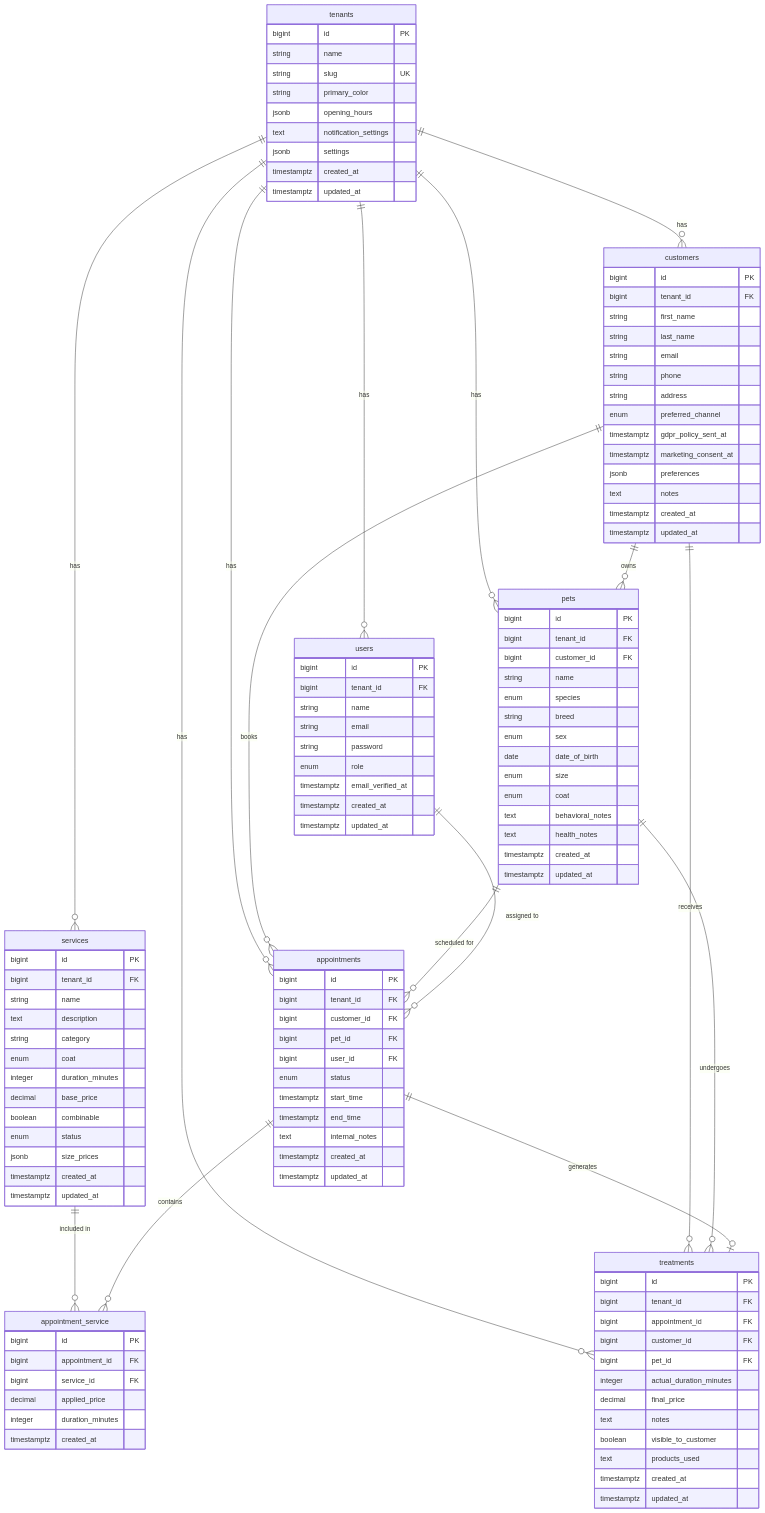
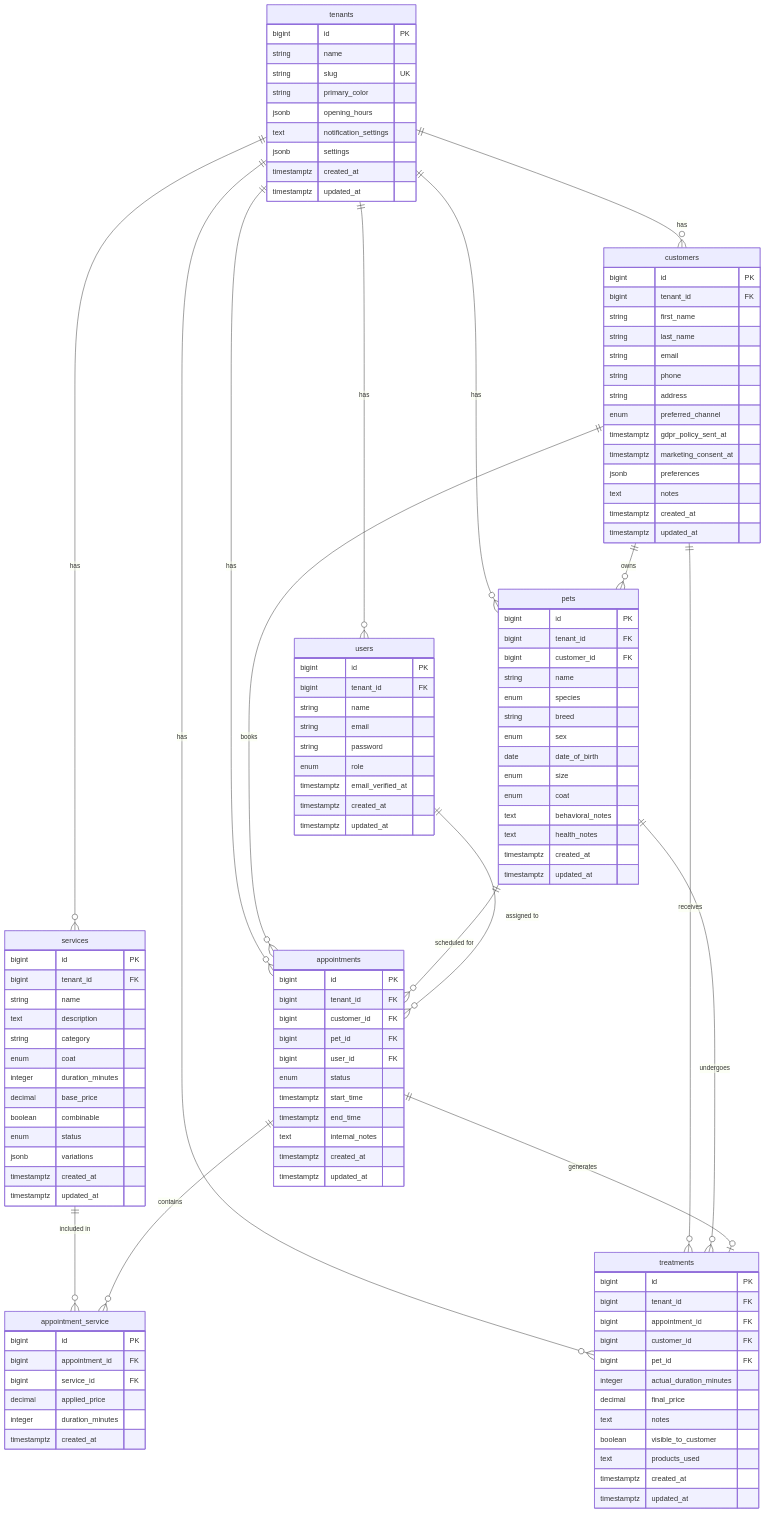
Before and after one commit to speniti/pawdesk: the diagram in .agents/specifications/data_model.md, drawn with Mermaid. The commit also changed other lines of this file and 23 other files, not shown here.

First line of the commit message:
feat: service price and duration variations by size and coat type

```diff
--- a/.agents/specifications/data_model.md
+++ b/.agents/specifications/data_model.md
@@ -115,7 +115,7 @@
         decimal base_price
         boolean combinable
         enum status
-        jsonb size_prices
+        jsonb variations
         timestamptz created_at
         timestamptz updated_at
     }
```
